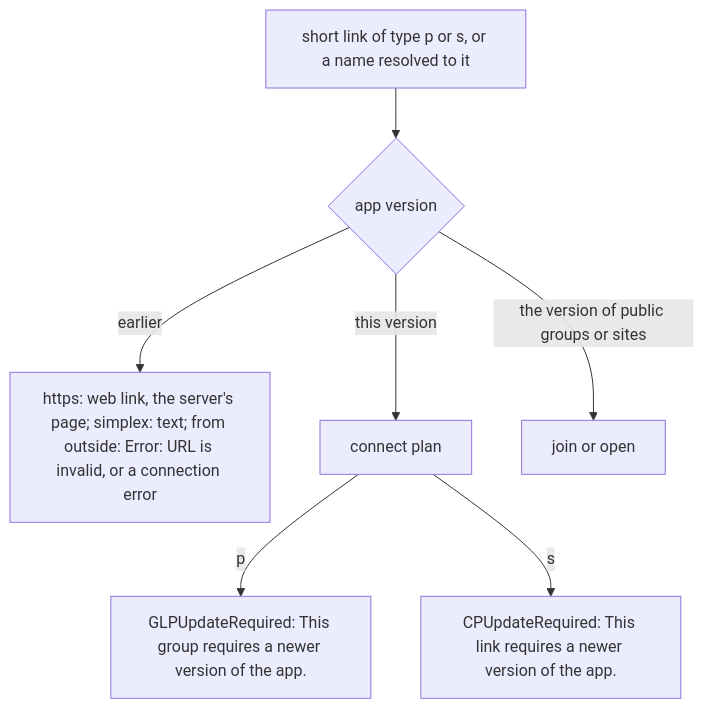
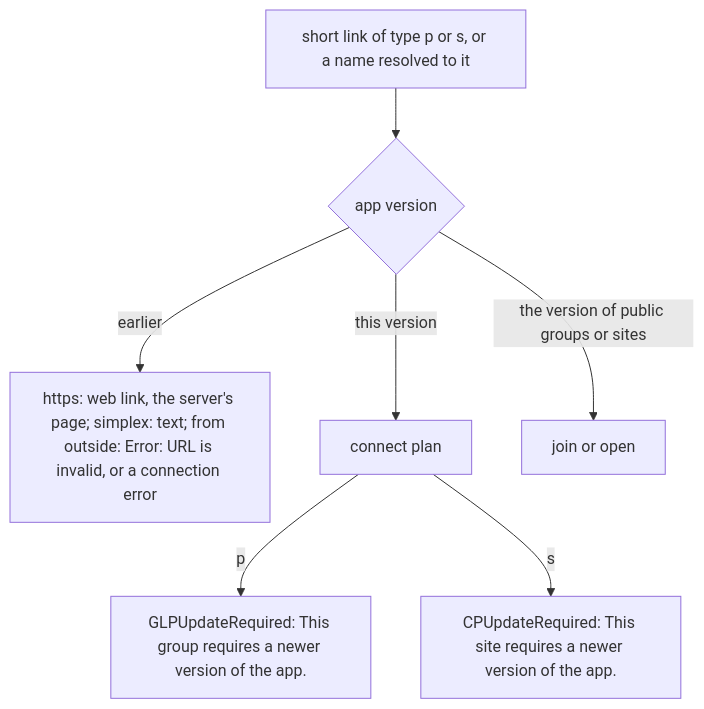
Before and after one commit to evgeny-simplex/simplex-chat: the first of 7 diagrams in plans/2026-11-22-message-references.md, drawn with Mermaid. The commit also changed other lines of this file, not shown here.

Commit message:
core: name the site in the update alert of site links

````diff
--- a/plans/2026-11-22-message-references.md
+++ b/plans/2026-11-22-message-references.md
@@ -134,9 +134,9 @@
 ```mermaid
 flowchart TD
   L["short link of type p or s, or a name resolved to it"] --> V{app version}
   V -->|earlier| E["https: web link, the server's page; simplex: text; from outside: Error: URL is invalid, or a connection error"]
   V -->|this version| C[connect plan]
   C -->|p| U1["GLPUpdateRequired: This group requires a newer version of the app."]
-  C -->|s| U2["CPUpdateRequired: This link requires a newer version of the app."]
+  C -->|s| U2["CPUpdateRequired: This site requires a newer version of the app."]
   V -->|the version of public groups or sites| J[join or open]
 ```
````
